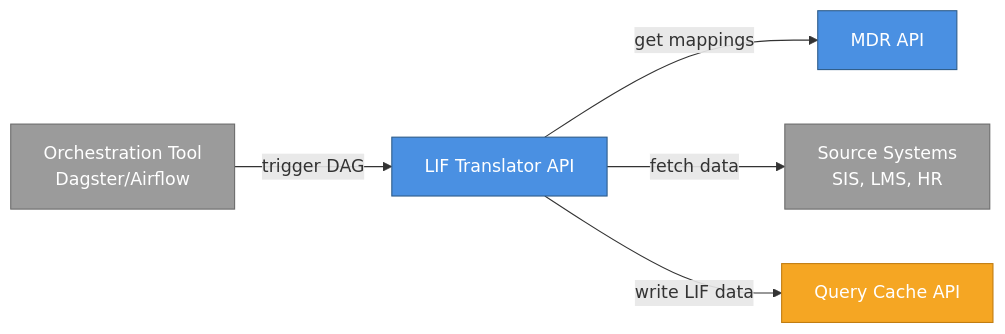
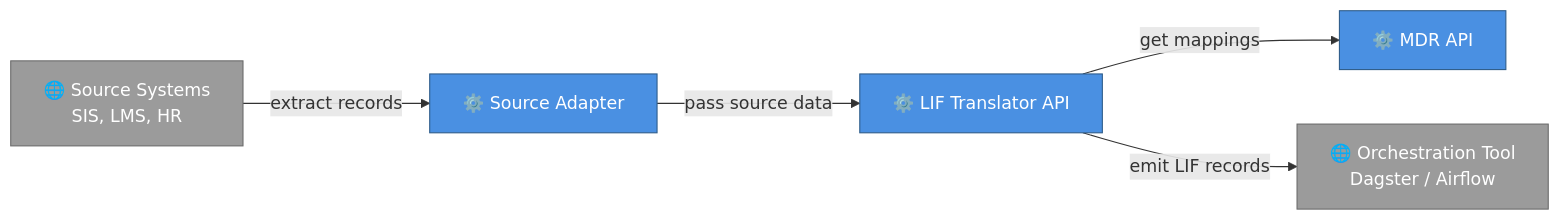
Before and after one commit to LIF-Initiative/lif-core: the third of 16 diagrams in docs/lif_services_overview.md, drawn with Mermaid.

Commit message:
docs: Translator diagram

````diff
--- a/docs/lif_services_overview.md
+++ b/docs/lif_services_overview.md
@@ -134,21 +134,19 @@
 ```mermaid
 graph LR
-    Orch[Orchestration Tool<br/>Dagster/Airflow]
-    Trans[LIF Translator API]
-    MDR[MDR API]
-    Sources[Source Systems<br/>SIS, LMS, HR]
-    Cache[Query Cache API]
-    
-    Orch -->|trigger DAG| Trans
+    Orch["🌐 Orchestration Tool<br/>Dagster / Airflow"]
+    Adapter["⚙️ Source Adapter"]
+    Sources["🌐 Source Systems<br/>SIS, LMS, HR"]
+    MDR["⚙️ MDR API"]
+    Trans["⚙️ LIF Translator API"]
+
+    Sources -->|extract records| Adapter
+    Adapter -->|pass source data| Trans
     Trans -->|get mappings| MDR
-    Trans -->|fetch data| Sources
-    Trans -->|write LIF data| Cache
-    
+    Trans -->|emit LIF records| Orch
+
     classDef coreStyle fill:#4A90E2,stroke:#2E5C8A,color:#fff
-    classDef infraStyle fill:#F5A623,stroke:#C17D11,color:#fff
     classDef extStyle fill:#9B9B9B,stroke:#6B6B6B,color:#fff
-    
-    class Trans,MDR coreStyle
-    class Cache infraStyle
+
+    class Trans,MDR,Adapter coreStyle
     class Orch,Sources extStyle
 ```
````
